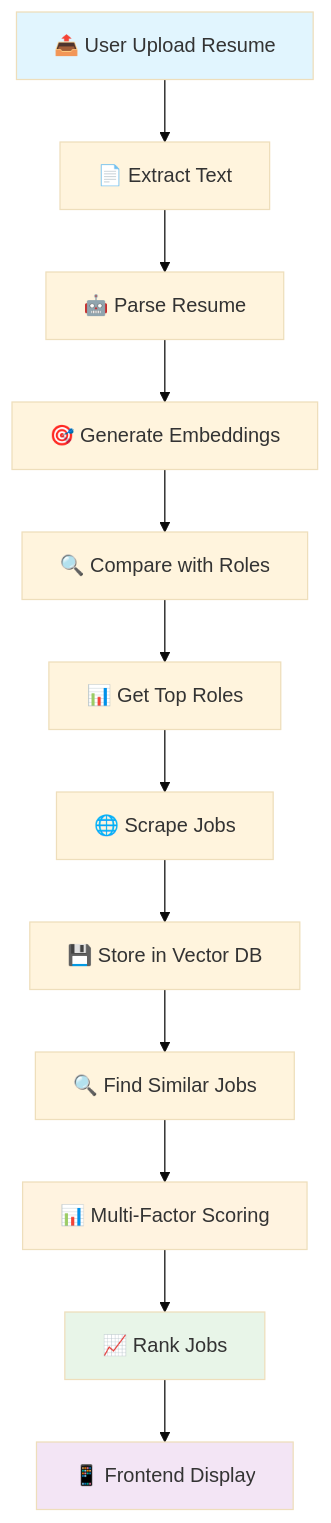
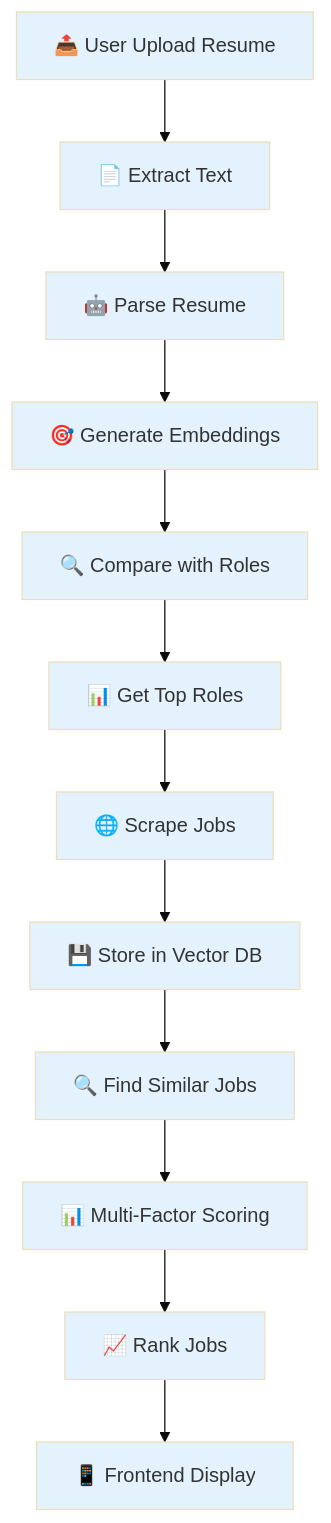
Before and after one commit to debnathsanju4803/AI-Job-Recommendation-System: the diagram in README.md, drawn with Mermaid (base theme).

````diff
--- a/README.md
+++ b/README.md
@@ -71,23 +71,31 @@
 ```mermaid
 flowchart TD
     A[📤 User Upload Resume] --> B[📄 Extract Text]
     B --> C[🤖 Parse Resume]
     C --> D[🎯 Generate Embeddings]
     
     D --> E[🔍 Compare with Roles]
     E --> F[📊 Get Top Roles]
     
     F --> G[🌐 Scrape Jobs]
     G --> H[💾 Store in Vector DB]
     H --> I[🔍 Find Similar Jobs]
     
     I --> J[📊 Multi-Factor Scoring]
     J --> K[📈 Rank Jobs]
     
     K --> L[📱 Frontend Display]
     
-    style A fill:#e1f5fe
-    style L fill:#f3e5f5
-    style J fill:#fff3e0
-    style K fill:#e8f5e8
+    style A fill:#e3f2fd
+    style B fill:#e3f2fd
+    style C fill:#e3f2fd
+    style D fill:#e3f2fd
+    style E fill:#e3f2fd
+    style F fill:#e3f2fd
+    style G fill:#e3f2fd
+    style H fill:#e3f2fd
+    style I fill:#e3f2fd
+    style J fill:#e3f2fd
+    style K fill:#e3f2fd
+    style L fill:#e3f2fd
 ```
````
